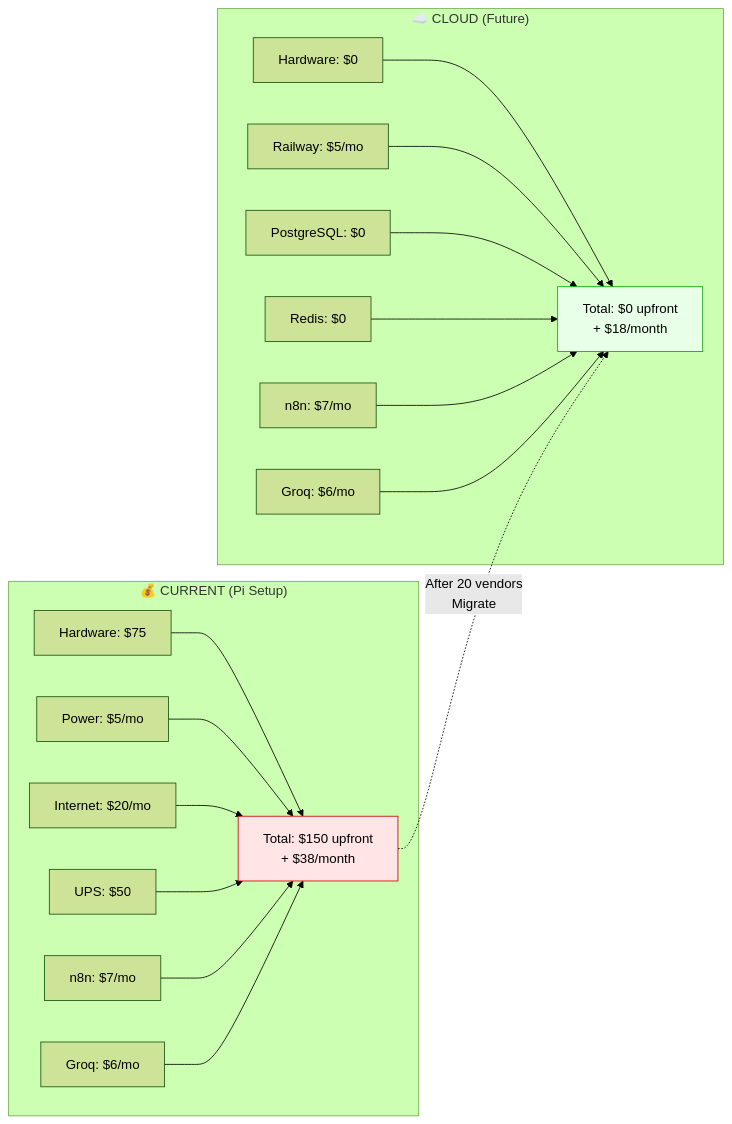
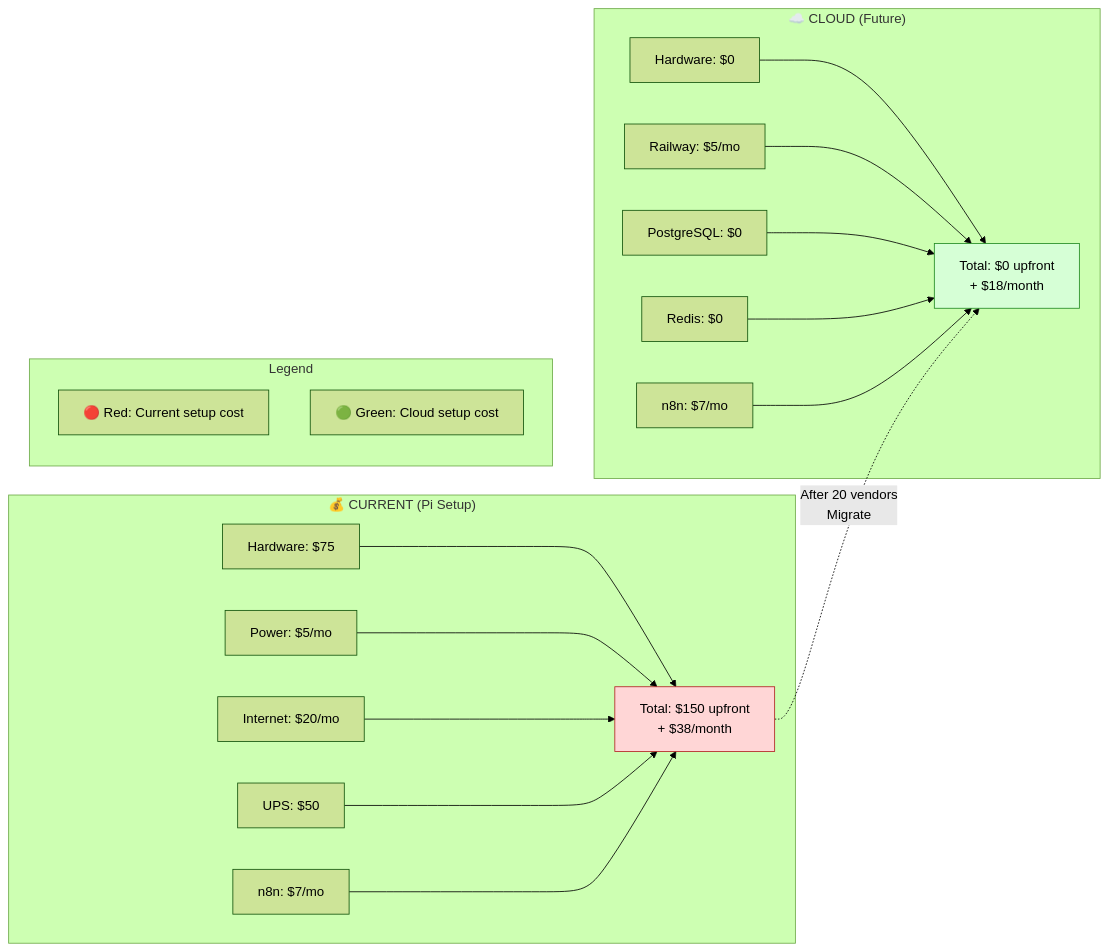
One commit to nanayawjoshua/whatsapp-ai-platform changed the seventh of 11 diagrams in docs/ARCHITECTURE-DIAGRAMS.md. Above: the diagram before and after it, drawn with Mermaid (forest theme). The commit also changed other lines of this file and 10 other files, not shown here.

````diff
--- a/docs/ARCHITECTURE-DIAGRAMS.md
+++ b/docs/ARCHITECTURE-DIAGRAMS.md
@@ -311,27 +313,32 @@
 ```mermaid
+%% title Cost Comparison: Current vs Cloud
 graph LR
     subgraph Current["💰 CURRENT (Pi Setup)"]
-        A1[Hardware: $75] --> Total1
-        A2[Power: $5/mo] --> Total1
-        A3[Internet: $20/mo] --> Total1
-        A4[UPS: $50] --> Total1
-        A5[n8n: $7/mo] --> Total1
-        A6[Groq: $6/mo] --> Total1
-        Total1[Total: $150 upfront<br/>+ $38/month]
+        A1["Hardware: $75"] --> Total1
+        A2["Power: $5/mo"] --> Total1
+        A3["Internet: $20/mo"] --> Total1
+        A4["UPS: $50"] --> Total1
+        A5["n8n: $7/mo"] --> Total1
+        Total1["Total: $150 upfront<br/>+ $38/month"]
     end
 
     subgraph Cloud["☁️ CLOUD (Future)"]
-        B1[Hardware: $0] --> Total2
-        B2[Railway: $5/mo] --> Total2
-        B3[PostgreSQL: $0] --> Total2
-        B4[Redis: $0] --> Total2
-        B5[n8n: $7/mo] --> Total2
-        B6[Groq: $6/mo] --> Total2
-        Total2[Total: $0 upfront<br/>+ $18/month]
+        B1["Hardware: $0"] --> Total2
+        B2["Railway: $5/mo"] --> Total2
+        B3["PostgreSQL: $0"] --> Total2
+        B4["Redis: $0"] --> Total2
+        B5["n8n: $7/mo"] --> Total2
+        Total2["Total: $0 upfront<br/>+ $18/month"]
     end
 
-    Total1 -.->|After 20 vendors<br/>Migrate| Total2
-
-    style Total1 fill:#FFE5E5,stroke:#CC0000
-    style Total2 fill:#E8FFE8,stroke:#00AA00
+    Total1 -.->|"After 20 vendors<br/>Migrate"| Total2
+    %% Migration occurs after onboarding 20 vendors.
+    
+    subgraph Legend["Legend"]
+        L1["🔴 Red: Current setup cost"]
+        L2["🟢 Green: Cloud setup cost"]
+    end
+    
+    style Total1 fill:#FFD6D6,stroke:#B22222
+    style Total2 fill:#D6FFD6,stroke:#228B22
 ```
````
